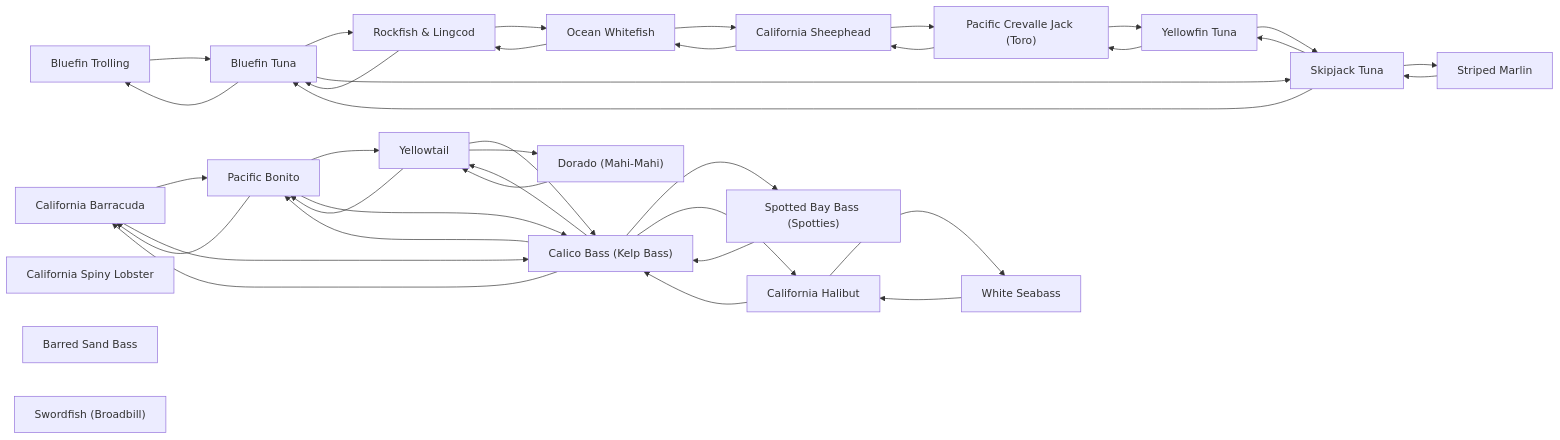
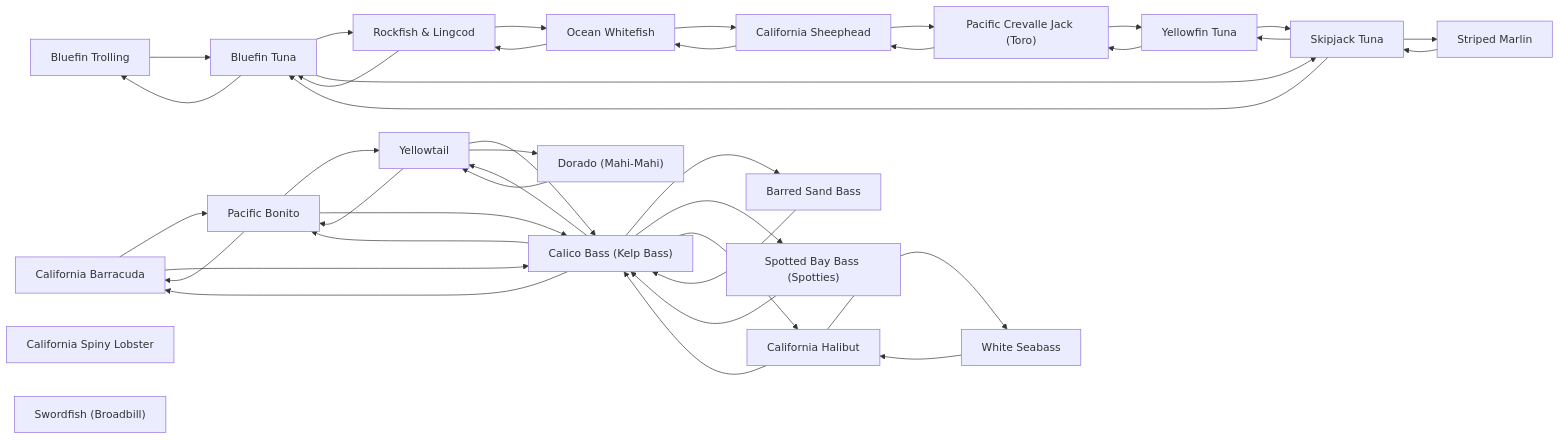
The diagram in species/README.md (camchuckpete-max/Socal-Fishing-Knowledge), drawn with Mermaid before and after one commit. The commit also changed 6 other files, not shown here.

````diff
--- a/species/README.md
+++ b/species/README.md
@@ -33,59 +33,61 @@
 ```mermaid
 graph LR
   n0["California Barracuda"]
   n1["Bluefin Trolling"]
   n2["Bluefin Tuna"]
   n3["Pacific Bonito"]
   n4["Calico Bass (Kelp Bass)"]
   n5["California Halibut"]
   n6["California Spiny Lobster"]
   n7["Dorado (Mahi-Mahi)"]
   n8["Ocean Whitefish"]
   n9["Pacific Crevalle Jack (Toro)"]
   n10["Rockfish & Lingcod"]
   n11["Barred Sand Bass"]
   n12["California Sheephead"]
   n13["Skipjack Tuna"]
   n14["Spotted Bay Bass (Spotties)"]
   n15["Striped Marlin"]
   n16["Swordfish (Broadbill)"]
   n17["White Seabass"]
   n18["Yellowfin Tuna"]
   n19["Yellowtail"]
   n0 --> n3
   n0 --> n4
   n1 --> n2
   n10 --> n2
   n10 --> n8
+  n11 --> n4
   n12 --> n8
   n12 --> n9
   n13 --> n15
   n13 --> n18
   n13 --> n2
   n14 --> n4
   n15 --> n13
   n17 --> n5
   n18 --> n13
   n18 --> n9
   n19 --> n3
   n19 --> n4
   n19 --> n7
   n2 --> n1
   n2 --> n10
   n2 --> n13
   n3 --> n0
   n3 --> n19
   n3 --> n4
   n4 --> n0
+  n4 --> n11
   n4 --> n14
   n4 --> n19
   n4 --> n3
   n4 --> n5
   n5 --> n17
   n5 --> n4
   n7 --> n19
   n8 --> n10
   n8 --> n12
   n9 --> n12
   n9 --> n18
 ```
````
